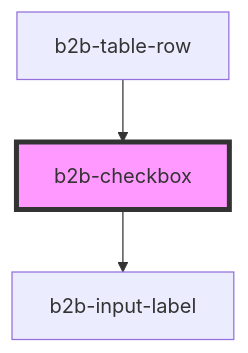
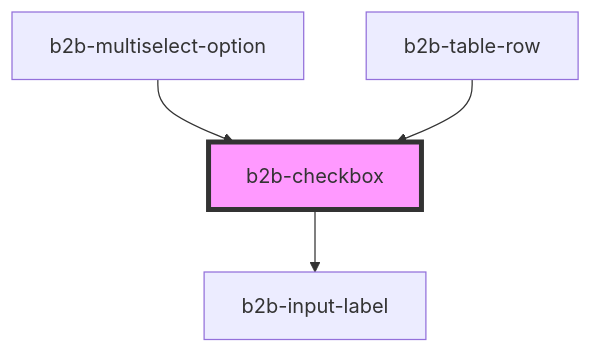
One commit to otto-de/b2b-design-system changed the diagram in packages/core-components/src/components/checkbox/readme.md. Above: the diagram before and after it, drawn with Mermaid. The commit also changed other lines of this file and 13 other files, not shown here.

````diff
--- a/packages/core-components/src/components/checkbox/readme.md
+++ b/packages/core-components/src/components/checkbox/readme.md
@@ -45,6 +46,7 @@
 ```mermaid
 graph TD;
   b2b-checkbox --> b2b-input-label
+  b2b-multiselect-option --> b2b-checkbox
   b2b-table-row --> b2b-checkbox
   style b2b-checkbox fill:#f9f,stroke:#333,stroke-width:4px
 ```
````
